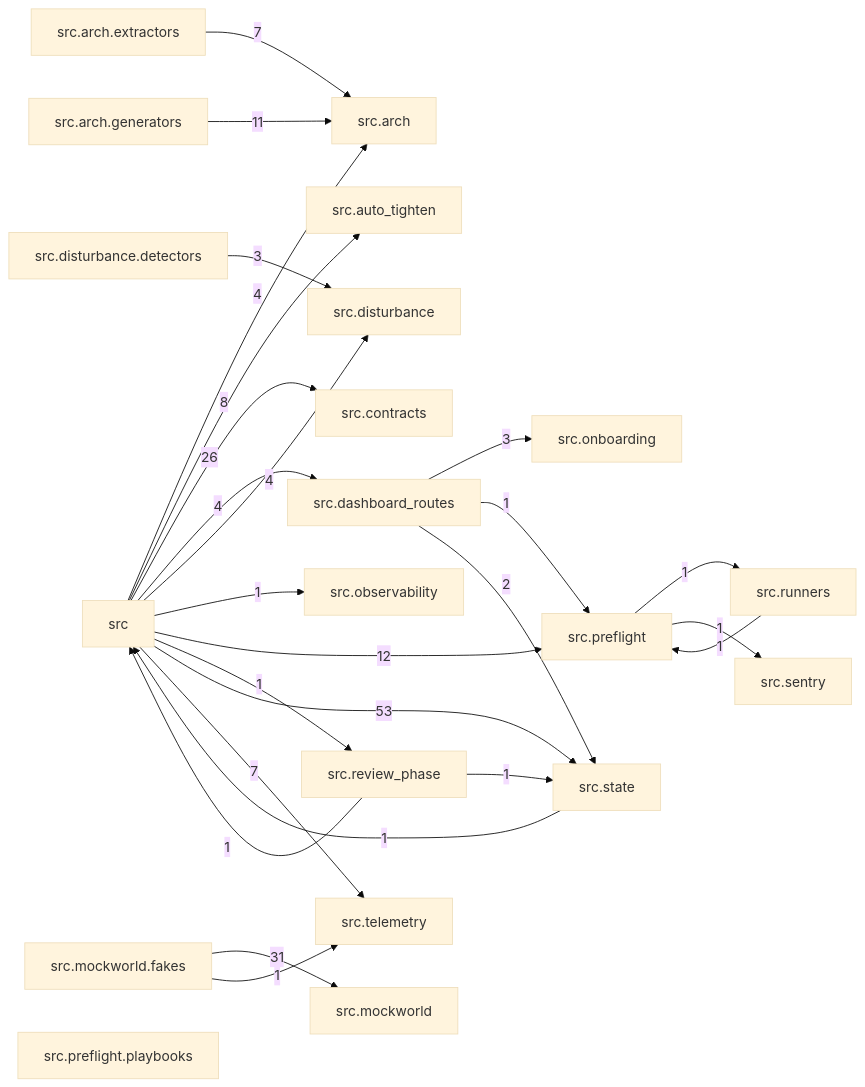
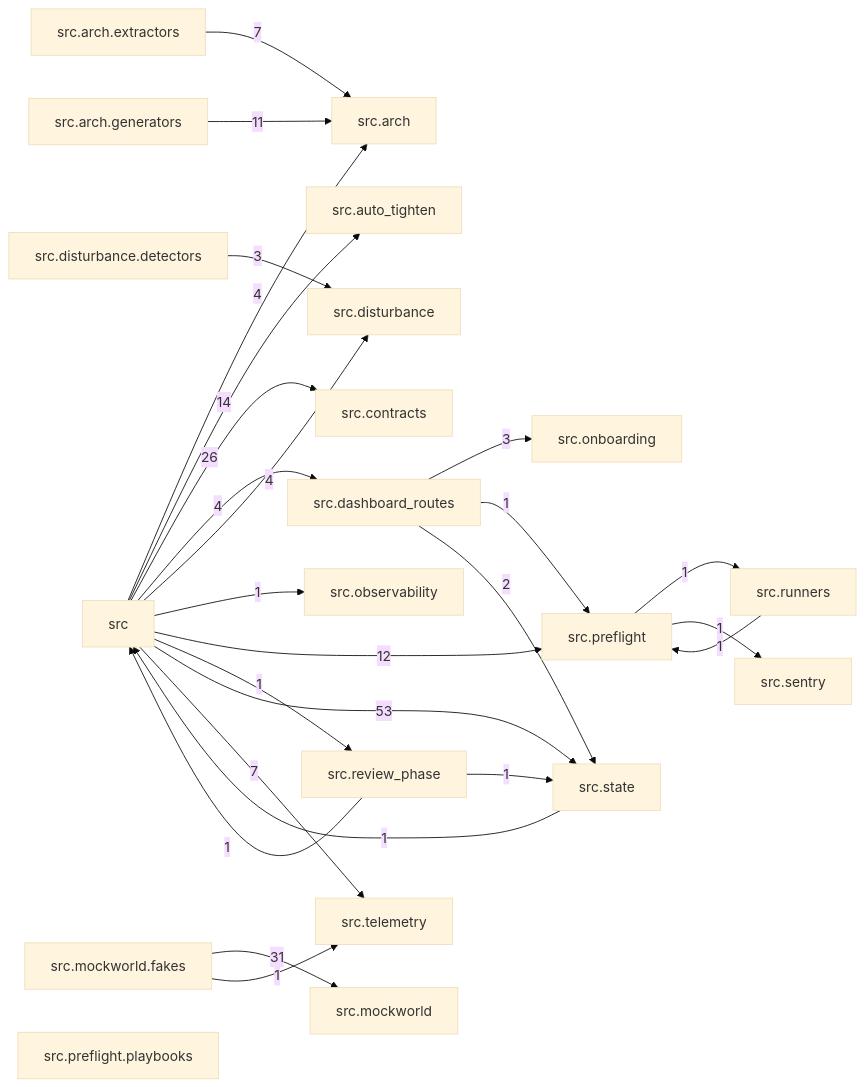
The diagram in docs/arch/generated/modules.md (T-rav/hydraflow), drawn with Mermaid (base theme) before and after one commit. The commit also changed 10 other files, not shown here.

First line of the commit message:
feat(auto-tighten): wire loop into registry/orchestrator/dashboard + gh closures

````diff
--- a/docs/arch/generated/modules.md
+++ b/docs/arch/generated/modules.md
@@ -7,47 +7,47 @@
 ```mermaid
 graph LR
     src["src"]
     src_arch["src.arch"]
     src_arch_extractors["src.arch.extractors"]
     src_arch_generators["src.arch.generators"]
     src_auto_tighten["src.auto_tighten"]
     src_contracts["src.contracts"]
     src_dashboard_routes["src.dashboard_routes"]
     src_disturbance["src.disturbance"]
     src_disturbance_detectors["src.disturbance.detectors"]
     src_mockworld["src.mockworld"]
     src_mockworld_fakes["src.mockworld.fakes"]
     src_observability["src.observability"]
     src_onboarding["src.onboarding"]
     src_preflight["src.preflight"]
     src_preflight_playbooks["src.preflight.playbooks"]
     src_review_phase["src.review_phase"]
     src_runners["src.runners"]
     src_sentry["src.sentry"]
     src_state["src.state"]
     src_telemetry["src.telemetry"]
     src -- "4" --> src_arch
-    src -- "8" --> src_auto_tighten
+    src -- "14" --> src_auto_tighten
     src -- "26" --> src_contracts
     src -- "4" --> src_dashboard_routes
     src -- "4" --> src_disturbance
     src -- "1" --> src_observability
     src -- "12" --> src_preflight
     src -- "1" --> src_review_phase
     src -- "53" --> src_state
     src -- "7" --> src_telemetry
     src_arch_extractors -- "7" --> src_arch
     src_arch_generators -- "11" --> src_arch
     src_dashboard_routes -- "3" --> src_onboarding
     src_dashboard_routes -- "1" --> src_preflight
     src_dashboard_routes -- "2" --> src_state
     src_disturbance_detectors -- "3" --> src_disturbance
     src_mockworld_fakes -- "31" --> src_mockworld
     src_mockworld_fakes -- "1" --> src_telemetry
     src_preflight -- "1" --> src_runners
     src_preflight -- "1" --> src_sentry
     src_review_phase -- "1" --> src
     src_review_phase -- "1" --> src_state
     src_runners -- "1" --> src_preflight
     src_state -- "1" --> src
 ```
````
